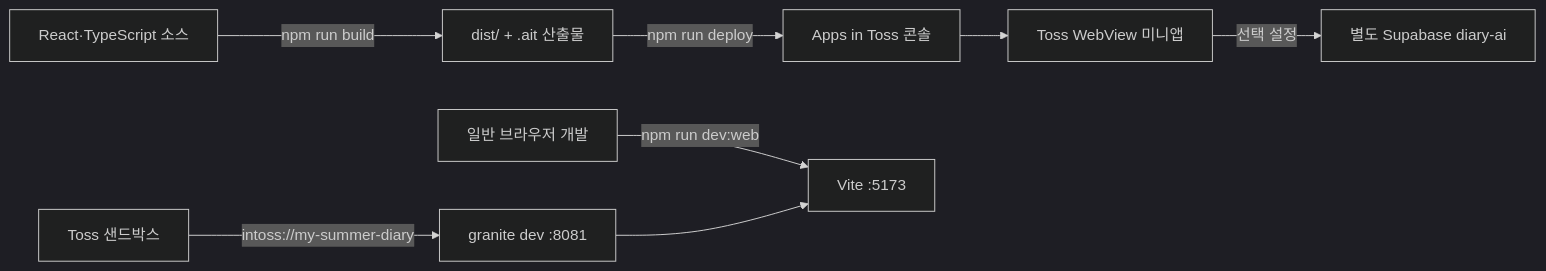
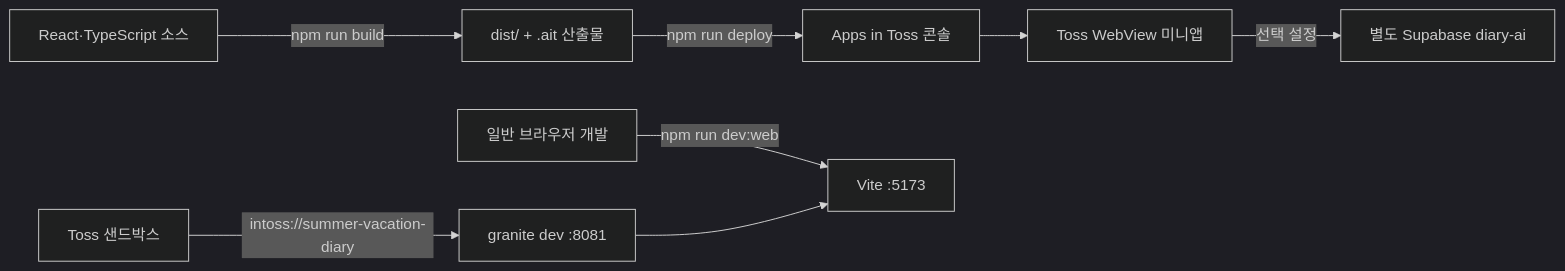
The third of 3 diagrams in docs/architecture.md (SummerVacationDiaryTMD/Summer_Vacation_Diary), drawn with Mermaid (dark theme) before and after one commit. The commit also changed 8 other files, not shown here.

Commit message:
chore: summer-vacation-diary로 통일

````diff
--- a/docs/architecture.md
+++ b/docs/architecture.md
@@ -196,10 +196,10 @@
 ```mermaid
 flowchart LR
     Source["React·TypeScript 소스"] -->|npm run build| AIT["dist/ + .ait 산출물"]
     AIT -->|npm run deploy| Console["Apps in Toss 콘솔"]
     Console --> WebView["Toss WebView 미니앱"]
     WebView -->|선택 설정| Edge["별도 Supabase diary-ai"]
     Browser["일반 브라우저 개발"] -->|npm run dev:web| Vite["Vite :5173"]
-    Sandbox["Toss 샌드박스"] -->|intoss://my-summer-diary| Bridge["granite dev :8081"]
+    Sandbox["Toss 샌드박스"] -->|intoss://summer-vacation-diary| Bridge["granite dev :8081"]
     Bridge --> Vite
 ```
````
